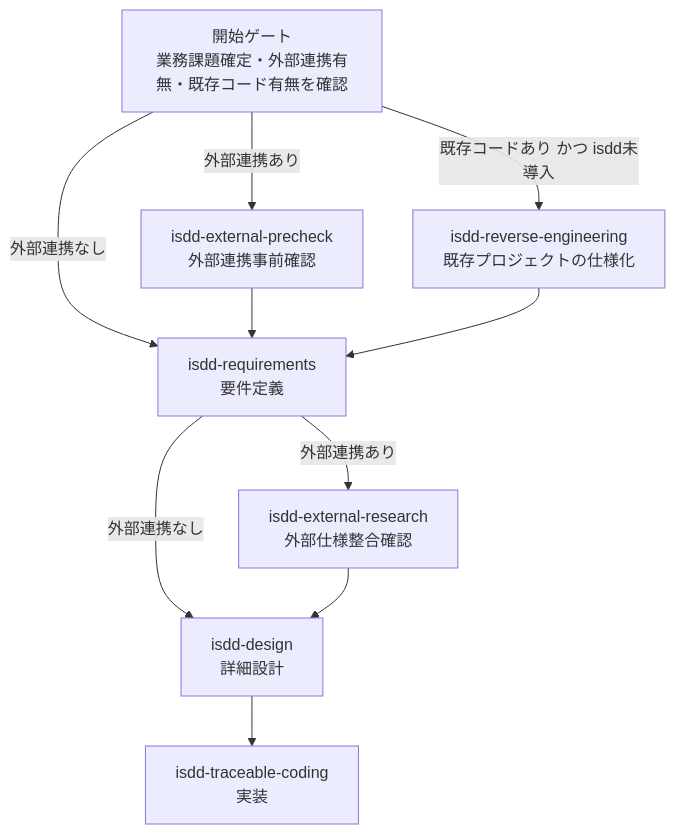
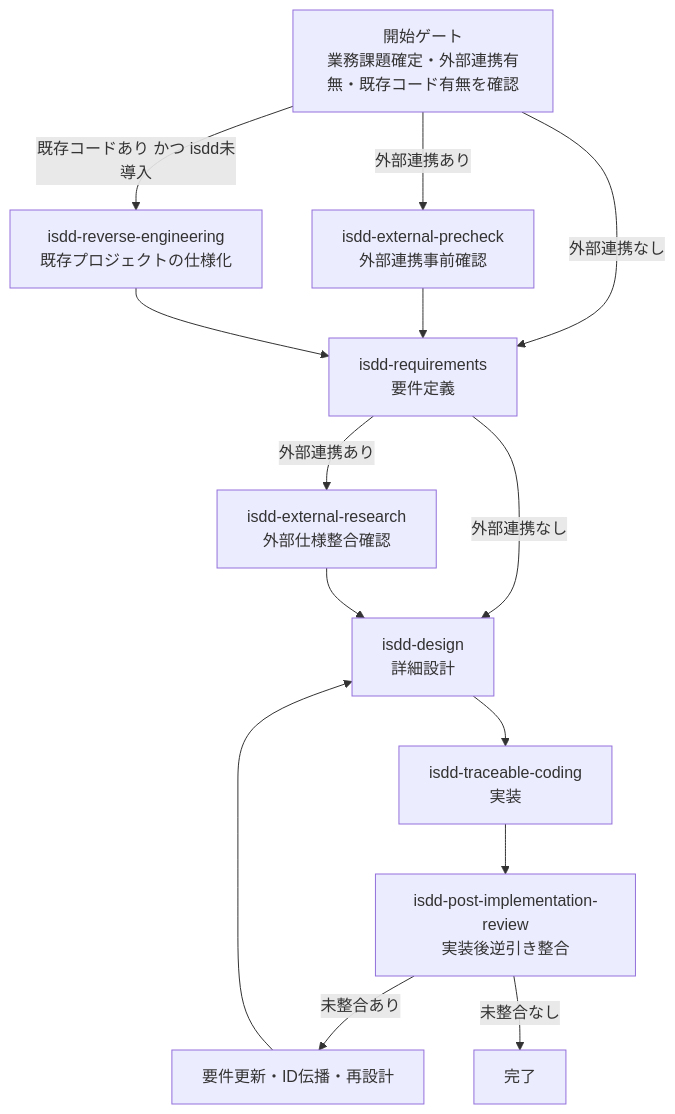
Before and after one commit to notfolder/isdd: the first of 3 diagrams in README.md, drawn with Mermaid. The commit also changed other lines of this file and 20 other files, not shown here.

Commit message:
isdd-change-candidates-review.mdに関する修正を実施

````diff
--- a/README.md
+++ b/README.md
@@ -43,20 +53,26 @@
 ```mermaid
 graph TD
     G1[開始ゲート\n業務課題確定・外部連携有無・既存コード有無を確認]
     PRE[isdd-external-precheck\n外部連携事前確認]
     REV[isdd-reverse-engineering\n既存プロジェクトの仕様化]
     REQ[isdd-requirements\n要件定義]
     EX[isdd-external-research\n外部仕様整合確認]
     DES[isdd-design\n詳細設計]
     COD[isdd-traceable-coding\n実装]
+    PIR[isdd-post-implementation-review\n実装後逆引き整合]
+    FB[要件更新・ID伝播・再設計]
 
     G1 -->|外部連携あり| PRE
     G1 -->|外部連携なし| REQ
     G1 -->|既存コードあり かつ isdd未導入| REV
     PRE --> REQ
     REV --> REQ
     REQ -->|外部連携あり| EX
     REQ -->|外部連携なし| DES
     EX --> DES
     DES --> COD
+    COD --> PIR
+    PIR -->|未整合あり| FB
+    FB --> DES
+    PIR -->|未整合なし| END1[完了]
 ```
````
